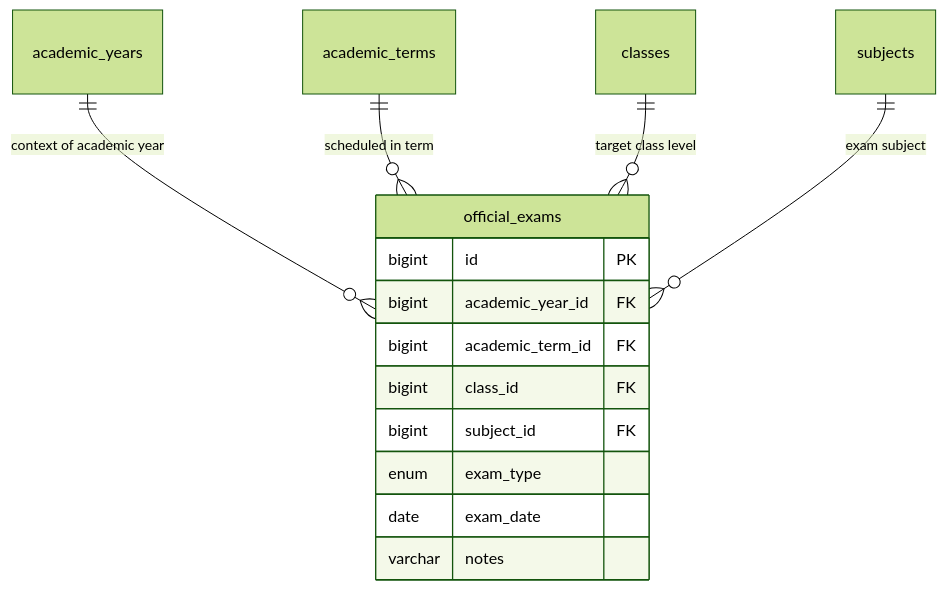
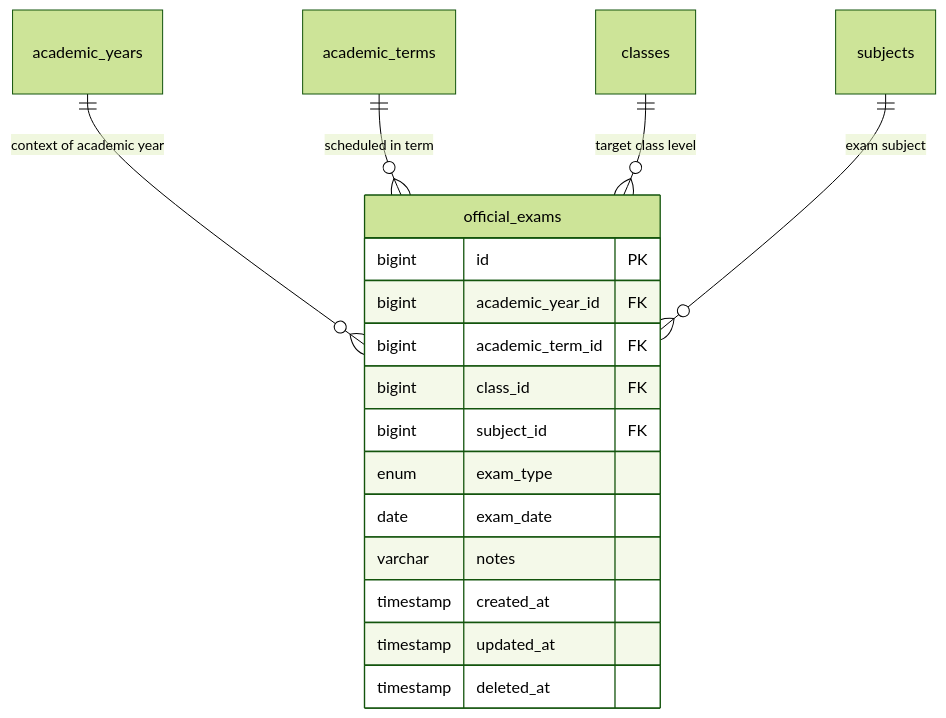
The diagram in MD/phases/phase_08_official_exams/data.md (alalemusa98-ctrl/Taqniya-SMS), drawn with Mermaid (forest theme) before and after one commit. The commit also changed other lines of this file and 7 other files, not shown here.

````diff
--- a/MD/phases/phase_08_official_exams/data.md
+++ b/MD/phases/phase_08_official_exams/data.md
@@ -54,18 +55,21 @@
 ```mermaid
 erDiagram
     academic_years ||--o{ official_exams : "context of academic year"
     academic_terms ||--o{ official_exams : "scheduled in term"
     classes ||--o{ official_exams : "target class level"
     subjects ||--o{ official_exams : "exam subject"
 
     official_exams {
         bigint id PK
         bigint academic_year_id FK
         bigint academic_term_id FK
         bigint class_id FK
         bigint subject_id FK
         enum exam_type
         date exam_date
         varchar notes
+        timestamp created_at
+        timestamp updated_at
+        timestamp deleted_at
     }
 ```
````
